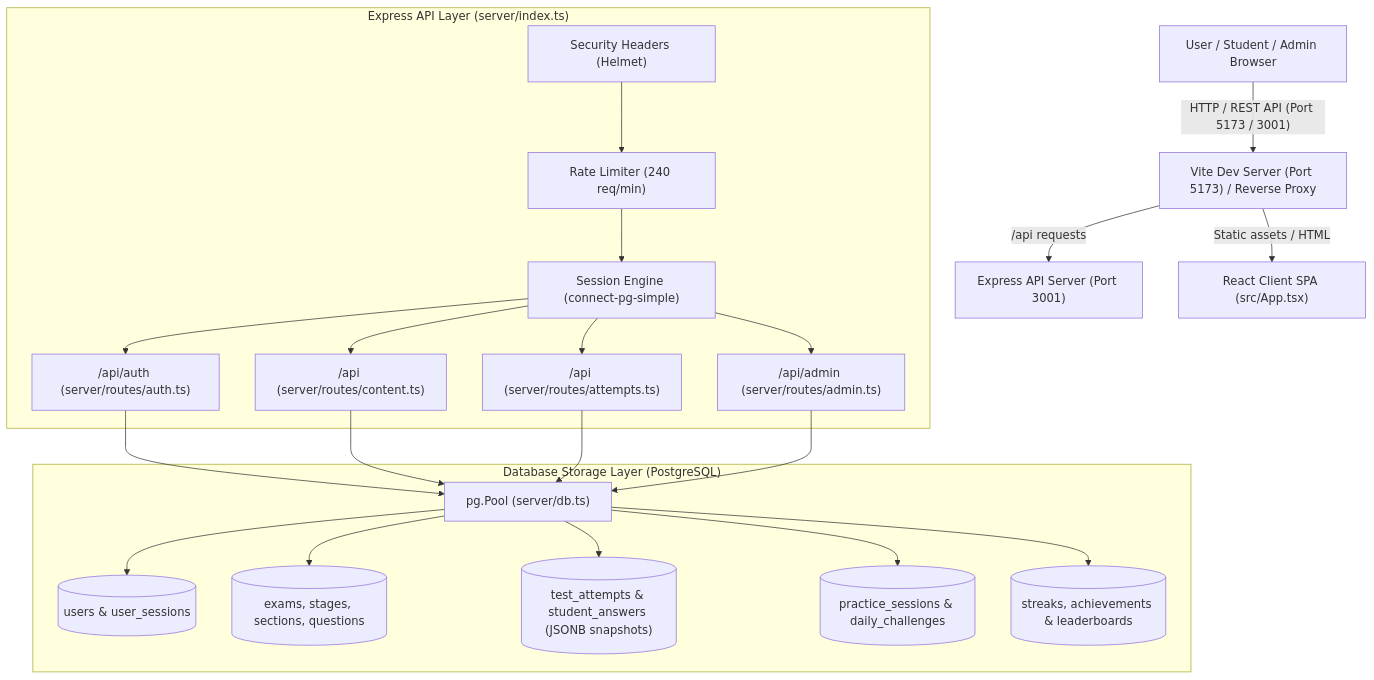
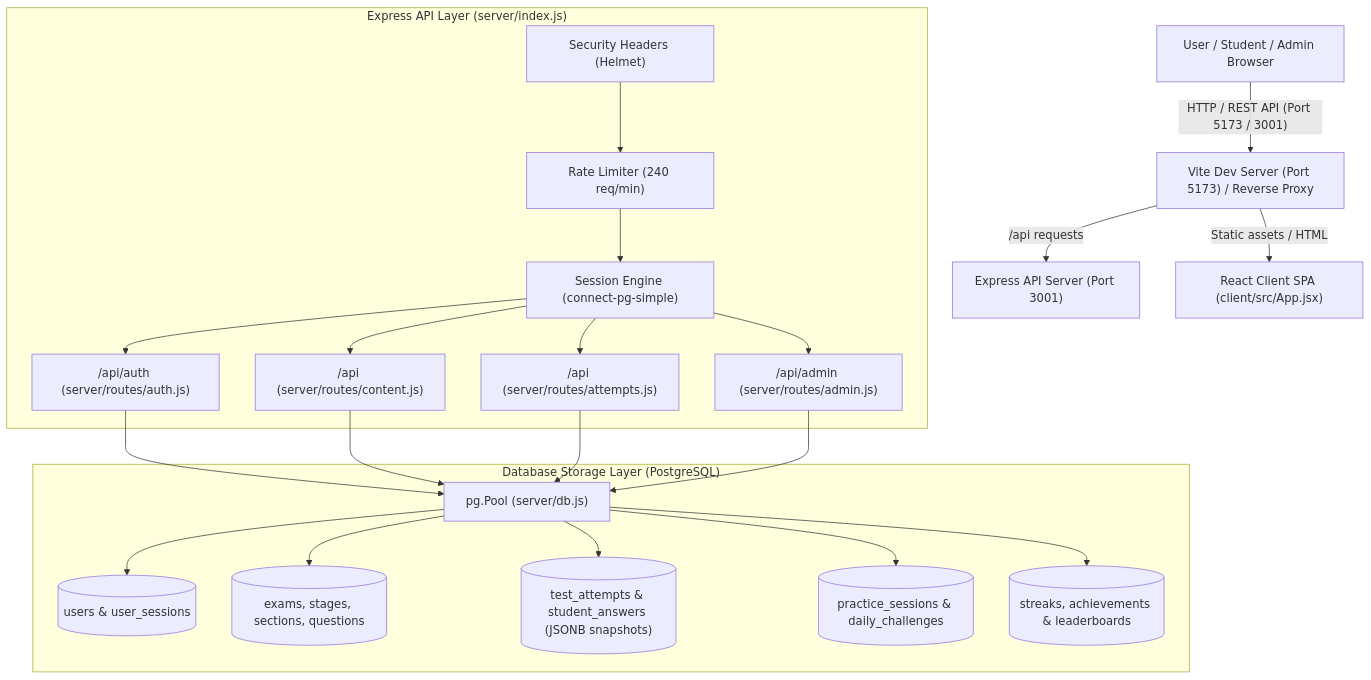
One commit to phoenix-030/Banking-Production- changed the first of 5 diagrams in docs/ARCHITECTURE.md. Above: the diagram before and after it, drawn with Mermaid. The commit also changed other lines of this file and 1 other file, not shown here.

Commit message:
Update README and ARCHITECTURE documentation for new JSX/JS architecture and features

````diff
--- a/docs/ARCHITECTURE.md
+++ b/docs/ARCHITECTURE.md
@@ -15,35 +15,35 @@
 ```mermaid
 flowchart TD
     User["User / Student / Admin Browser"] -->|"HTTP / REST API (Port 5173 / 3001)"| ViteProxy["Vite Dev Server (Port 5173) / Reverse Proxy"]
     ViteProxy -->|"/api requests"| ExpressAPI["Express API Server (Port 3001)"]
-    ViteProxy -->|"Static assets / HTML"| ReactSPA["React Client SPA (src/App.tsx)"]
+    ViteProxy -->|"Static assets / HTML"| ReactSPA["React Client SPA (client/src/App.jsx)"]
     
-    subgraph ExpressAPI_Layer ["Express API Layer (server/index.ts)"]
+    subgraph ExpressAPI_Layer ["Express API Layer (server/index.js)"]
         Helmet["Security Headers (Helmet)"] --> RateLimiter["Rate Limiter (240 req/min)"]
         RateLimiter --> SessionMiddleware["Session Engine (connect-pg-simple)"]
-        SessionMiddleware --> AuthRouter["/api/auth (server/routes/auth.ts)"]
-        SessionMiddleware --> ContentRouter["/api (server/routes/content.ts)"]
-        SessionMiddleware --> AttemptRouter["/api (server/routes/attempts.ts)"]
-        SessionMiddleware --> AdminRouter["/api/admin (server/routes/admin.ts)"]
+        SessionMiddleware --> AuthRouter["/api/auth (server/routes/auth.js)"]
+        SessionMiddleware --> ContentRouter["/api (server/routes/content.js)"]
+        SessionMiddleware --> AttemptRouter["/api (server/routes/attempts.js)"]
+        SessionMiddleware --> AdminRouter["/api/admin (server/routes/admin.js)"]
     end
     
     subgraph Storage_Layer ["Database Storage Layer (PostgreSQL)"]
-        Pool["pg.Pool (server/db.ts)"]
+        Pool["pg.Pool (server/db.js)"]
         UsersDB[("users & user_sessions")]
         ExamsDB[("exams, stages, sections, questions")]
         AttemptsDB[("test_attempts & student_answers (JSONB snapshots)")]
         PracticeDB[("practice_sessions & daily_challenges")]
         GamificationDB[("streaks, achievements & leaderboards")]
     end
 
     AuthRouter --> Pool
     ContentRouter --> Pool
     AttemptRouter --> Pool
     AdminRouter --> Pool
 
     Pool --> UsersDB
     Pool --> ExamsDB
     Pool --> AttemptsDB
     Pool --> PracticeDB
     Pool --> GamificationDB
 ```
````
